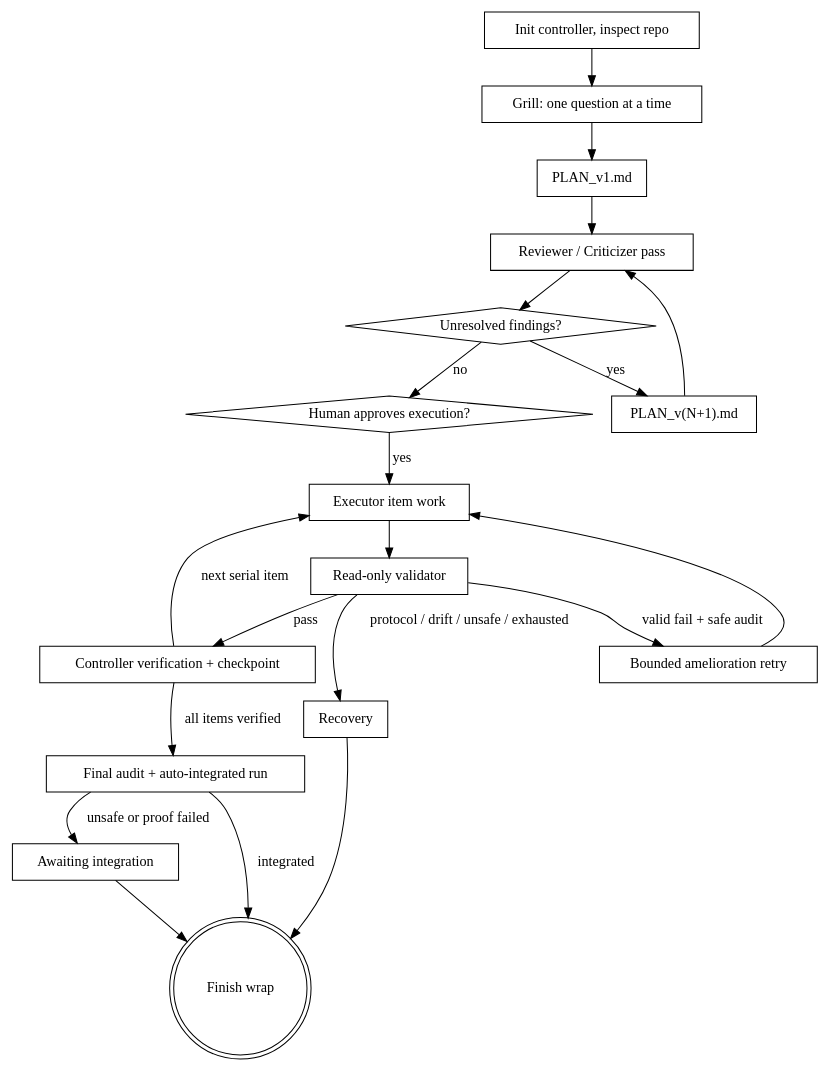
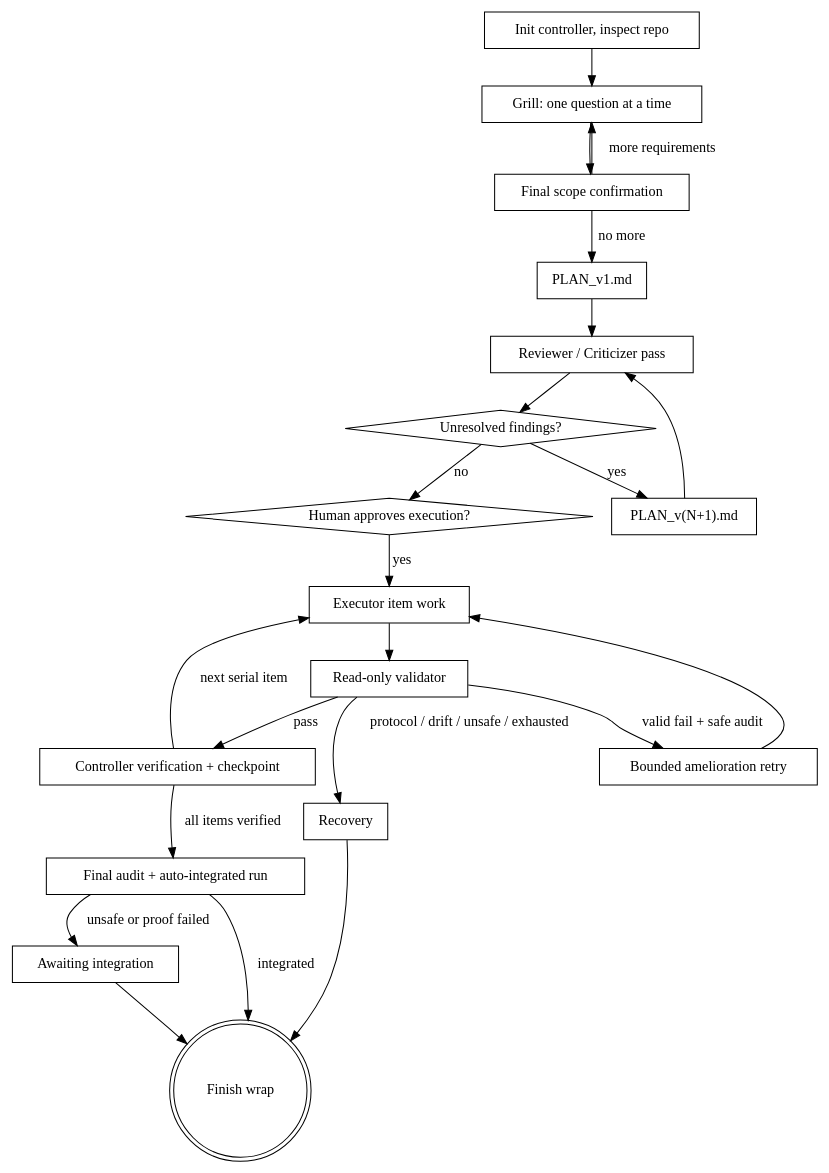
The diagram in skills/optim-plans/SKILL.md (Optim-Agent/optim-plans), drawn with Graphviz before and after one commit. The commit also changed other lines of this file and 2 other files, not shown here.

Commit message:
Ask for final scope confirmation before PLAN_v1

````diff
--- a/skills/optim-plans/SKILL.md
+++ b/skills/optim-plans/SKILL.md
@@ -52,39 +54,42 @@
 ```dot
 digraph optim_plans {
     "Init controller, inspect repo" [shape=box];
     "Grill: one question at a time" [shape=box];
+    "Final scope confirmation" [shape=box];
     "PLAN_v1.md" [shape=box];
     "Reviewer / Criticizer pass" [shape=box];
     "Unresolved findings?" [shape=diamond];
     "PLAN_v(N+1).md" [shape=box];
     "Human approves execution?" [shape=diamond];
     "Executor item work" [shape=box];
     "Read-only validator" [shape=box];
     "Bounded amelioration retry" [shape=box];
     "Controller verification + checkpoint" [shape=box];
     "Recovery" [shape=box];
     "Final audit + auto-integrated run" [shape=box];
     "Awaiting integration" [shape=box];
     "Finish wrap" [shape=doublecircle];
 
     "Init controller, inspect repo" -> "Grill: one question at a time";
-    "Grill: one question at a time" -> "PLAN_v1.md";
+    "Grill: one question at a time" -> "Final scope confirmation";
+    "Final scope confirmation" -> "Grill: one question at a time" [label="more requirements"];
+    "Final scope confirmation" -> "PLAN_v1.md" [label="no more"];
     "PLAN_v1.md" -> "Reviewer / Criticizer pass";
     "Reviewer / Criticizer pass" -> "Unresolved findings?";
     "Unresolved findings?" -> "PLAN_v(N+1).md" [label="yes"];
     "PLAN_v(N+1).md" -> "Reviewer / Criticizer pass";
     "Unresolved findings?" -> "Human approves execution?" [label="no"];
     "Human approves execution?" -> "Executor item work" [label="yes"];
     "Executor item work" -> "Read-only validator";
     "Read-only validator" -> "Bounded amelioration retry" [label="valid fail + safe audit"];
     "Bounded amelioration retry" -> "Executor item work";
     "Read-only validator" -> "Controller verification + checkpoint" [label="pass"];
     "Read-only validator" -> "Recovery" [label="protocol / drift / unsafe / exhausted"];
     "Controller verification + checkpoint" -> "Executor item work" [label="next serial item"];
     "Controller verification + checkpoint" -> "Final audit + auto-integrated run" [label="all items verified"];
     "Final audit + auto-integrated run" -> "Awaiting integration" [label="unsafe or proof failed"];
     "Final audit + auto-integrated run" -> "Finish wrap" [label="integrated"];
     "Recovery" -> "Finish wrap";
     "Awaiting integration" -> "Finish wrap";
 }
 ```
````
